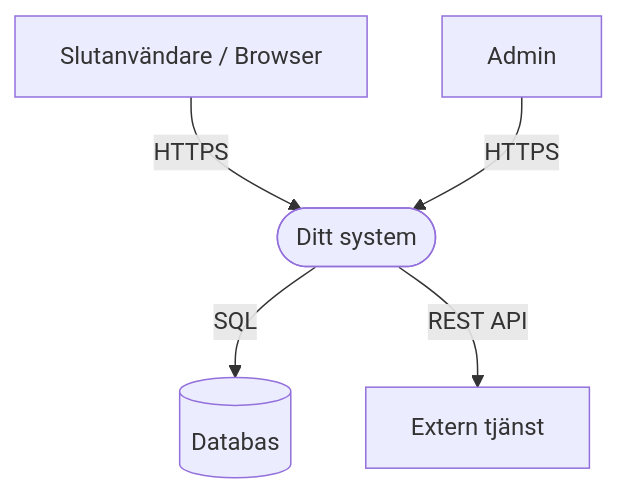
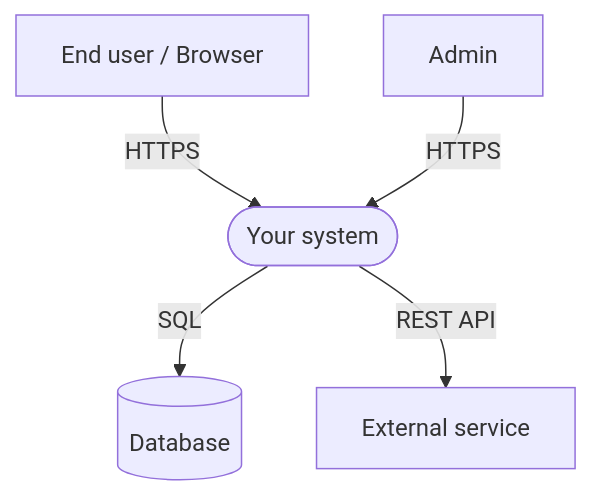
One commit to HansJoakimPersson/clarity-framework changed the first of 3 diagrams in templates/03-sad.md. Above: the diagram before and after it, drawn with Mermaid. The commit also changed other lines of this file and 55 other files, not shown here.

````diff
--- a/templates/03-sad.md
+++ b/templates/03-sad.md
@@ -47,7 +49,7 @@
 ```mermaid
 graph TD
-    A[Slutanvändare / Browser] -->|HTTPS| B([Ditt system])
-    B -->|SQL| C[(Databas)]
-    B -->|REST API| D[Extern tjänst]
+    A[End user / Browser] -->|HTTPS| B([Your system])
+    B -->|SQL| C[(Database)]
+    B -->|REST API| D[External service]
     E[Admin] -->|HTTPS| B
 ```
````
